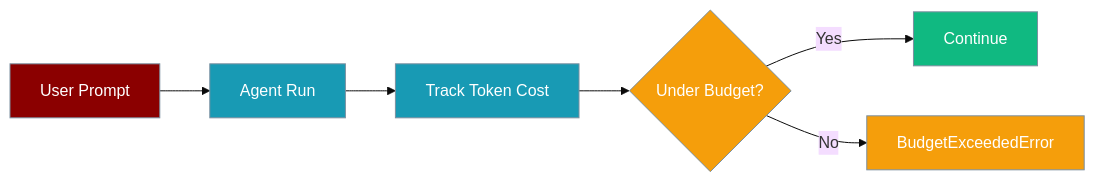
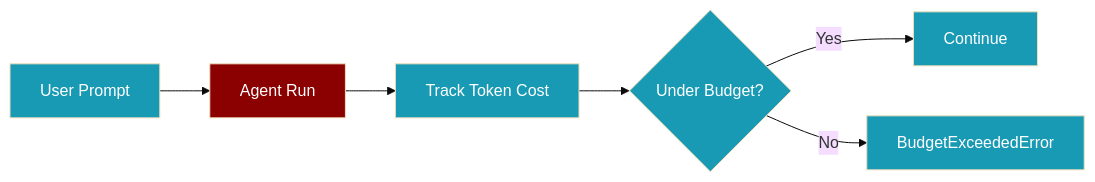
Before and after one commit to MervinPraison/PraisonAIDocs: the first of 2 diagrams in docs/features/agent-max-budget.mdx, drawn with Mermaid (base theme). The commit also changed 24 other files, not shown here.

````diff
--- a/docs/features/agent-max-budget.mdx
+++ b/docs/features/agent-max-budget.mdx
@@ -10,18 +10,14 @@
 ```mermaid
 graph LR
     U[User Prompt] --> A[Agent Run]
     A --> T[Track Token Cost]
     T --> C{Under Budget?}
     C -->|Yes| R[Continue]
     C -->|No| X[BudgetExceededError]
 
-    classDef input fill:#8B0000,stroke:#7C90A0,color:#fff
-    classDef process fill:#189AB4,stroke:#7C90A0,color:#fff
-    classDef ok fill:#10B981,stroke:#7C90A0,color:#fff
-    classDef stop fill:#F59E0B,stroke:#7C90A0,color:#fff
+    classDef agent fill:#8B0000,color:#fff
+    classDef tool fill:#189AB4,color:#fff
 
-    class U input
-    class A,T process
-    class R ok
-    class C,X stop
+    class A agent
+    class U,T,C,R,X tool
 ```
````
